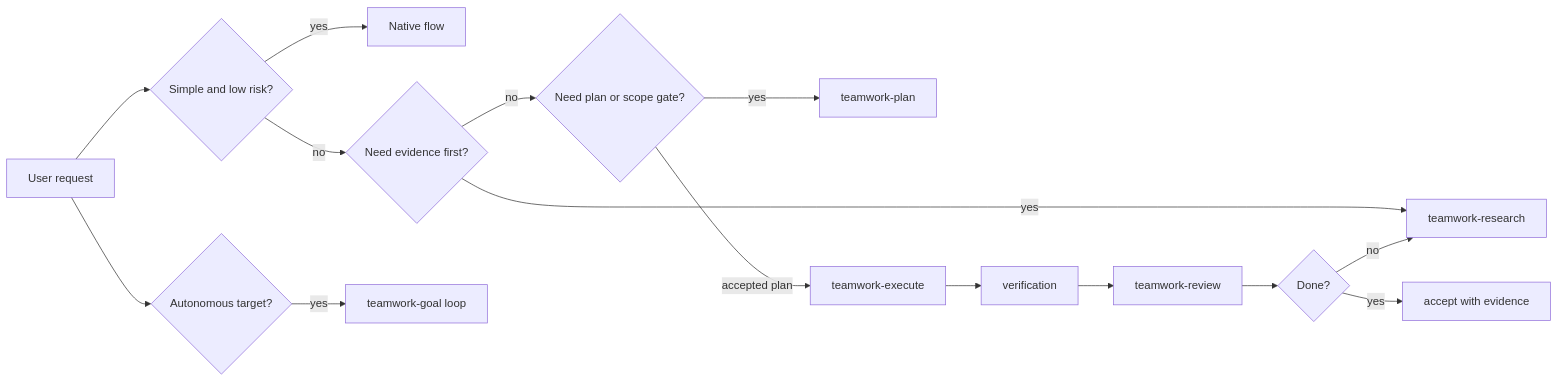
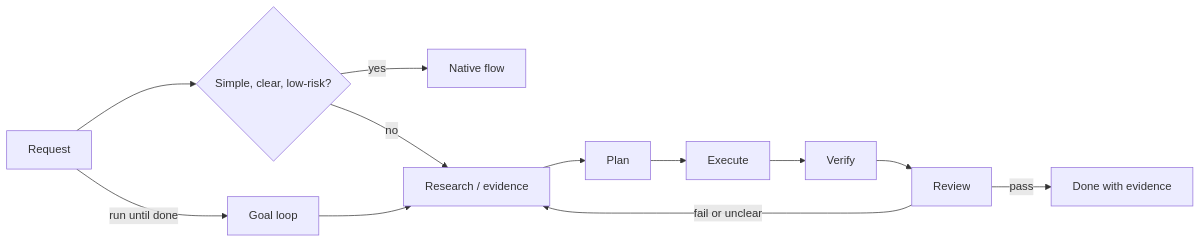
One commit to JinPLu/Teamwork changed the diagram in README.md. Above: the diagram before and after it, drawn with Mermaid. The commit also changed other lines of this file, not shown here.

````diff
--- a/README.md
+++ b/README.md
@@ -39,17 +34,14 @@
 ```mermaid
 flowchart LR
-  A["User request"] --> B{"Simple and low risk?"}
-  B -->|yes| C["Native flow"]
-  B -->|no| D{"Need evidence first?"}
-  D -->|yes| R["teamwork-research"]
-  D -->|no| P{"Need plan or scope gate?"}
-  P -->|yes| PL["teamwork-plan"]
-  P -->|accepted plan| E["teamwork-execute"]
-  E --> V["verification"]
-  V --> RV["teamwork-review"]
-  RV --> OK{"Done?"}
-  OK -->|yes| Done["accept with evidence"]
-  OK -->|no| R
-  A --> G{"Autonomous target?"}
-  G -->|yes| Goal["teamwork-goal loop"]
+  A["Request"] --> B{"Simple, clear, low-risk?"}
+  B -->|yes| N["Native flow"]
+  B -->|no| R["Research / evidence"]
+  R --> P["Plan"]
+  P --> E["Execute"]
+  E --> V["Verify"]
+  V --> C["Review"]
+  C -->|pass| D["Done with evidence"]
+  C -->|fail or unclear| R
+  A -->|run until done| G["Goal loop"]
+  G --> R
 ```
````
